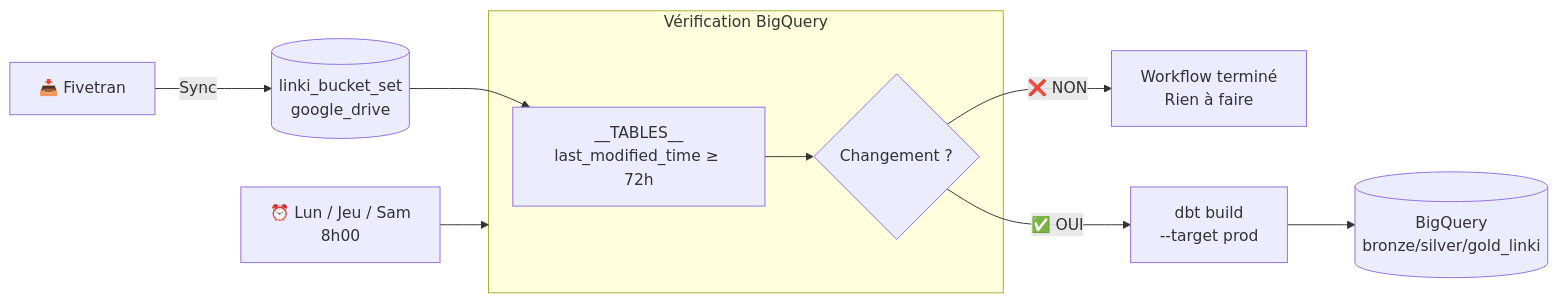
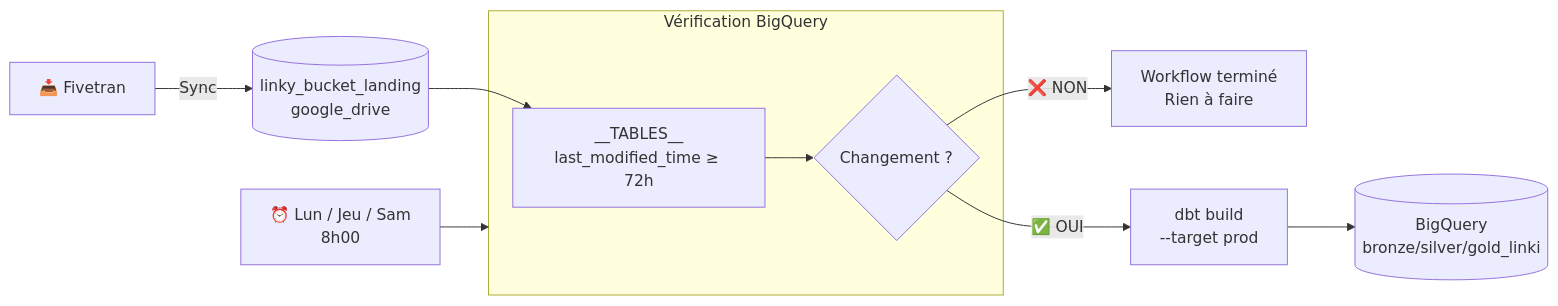
One commit to ballates/linkyhub_dbt changed the third of 3 diagrams in README.md. Above: the diagram before and after it, drawn with Mermaid. The commit also changed other lines of this file and 20 other files, not shown here.

````diff
--- a/README.md
+++ b/README.md
@@ -296,15 +301,15 @@
 ```mermaid
 flowchart LR
     cron["⏰ Lun / Jeu / Sam\n8h00"] --> check
 
     subgraph check ["Vérification BigQuery"]
         q[__TABLES__\nlast_modified_time ≥ 72h] --> result{Changement ?}
     end
 
-    fivetran[📥 Fivetran] -->|Sync| bq[(linki_bucket_set\ngoogle_drive)]
+    fivetran[📥 Fivetran] -->|Sync| bq[(linky_bucket_landing\ngoogle_drive)]
     bq --> q
 
     result -->|❌ NON| stop[Workflow terminé\nRien à faire]
     result -->|✅ OUI| build[dbt build\n--target prod]
     build --> prod[(BigQuery\nbronze/silver/gold_linki)]
 ```
````
